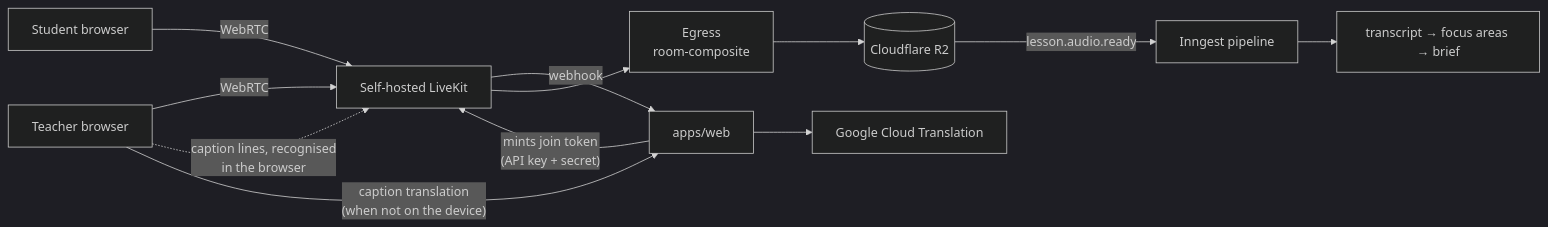
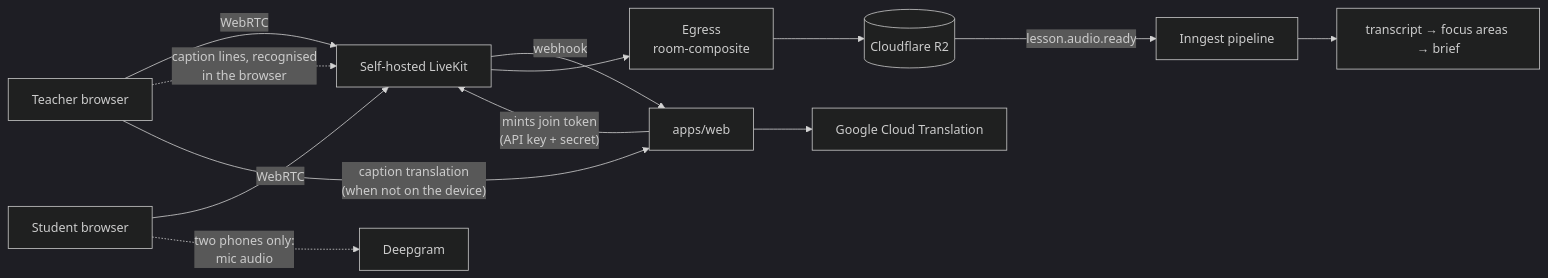
Before and after one commit to jaystewartuk/spiralclass: the second of 2 diagrams in docs/architecture/overview.md, drawn with Mermaid (dark theme). The commit also changed other lines of this file and 38 other files, not shown here.

````diff
--- a/docs/architecture/overview.md
+++ b/docs/architecture/overview.md
@@ -177,14 +177,15 @@
 ```mermaid
 graph LR
     T["Teacher browser"] -- WebRTC --> LK["Self-hosted LiveKit"]
     S["Student browser"] -- WebRTC --> LK
     W["apps/web"] -- "mints join token<br/>(API key + secret)" --> LK
     LK -- webhook --> W
     LK --> EG["Egress<br/>room-composite"]
     EG --> R2[("Cloudflare R2")]
     T -. "caption lines, recognised<br/>in the browser" .-> LK
     T -- "caption translation<br/>(when not on the device)" --> W
     W --> GT["Google Cloud Translation"]
+    S -. "two phones only:<br/>mic audio" .-> DG["Deepgram"]
     R2 -- "lesson.audio.ready" --> IN["Inngest pipeline"]
     IN --> INS["transcript → focus areas → brief"]
 ```
````
